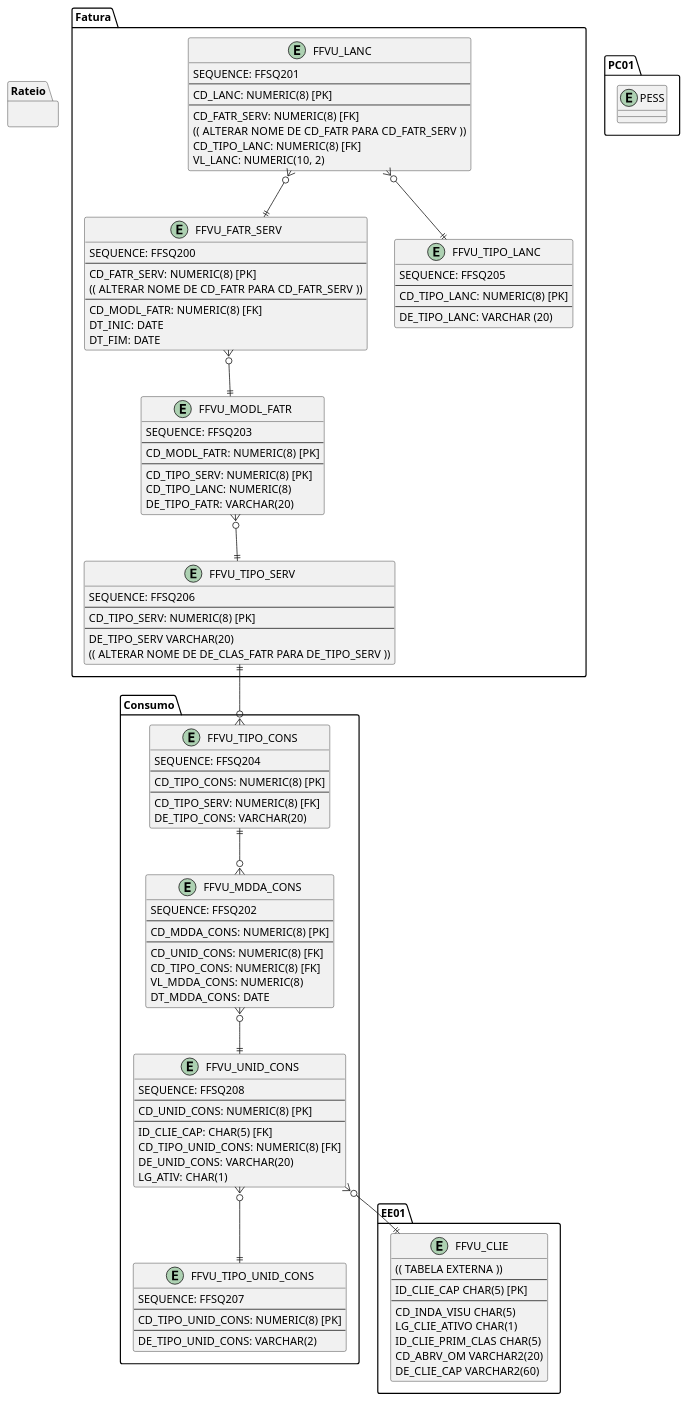
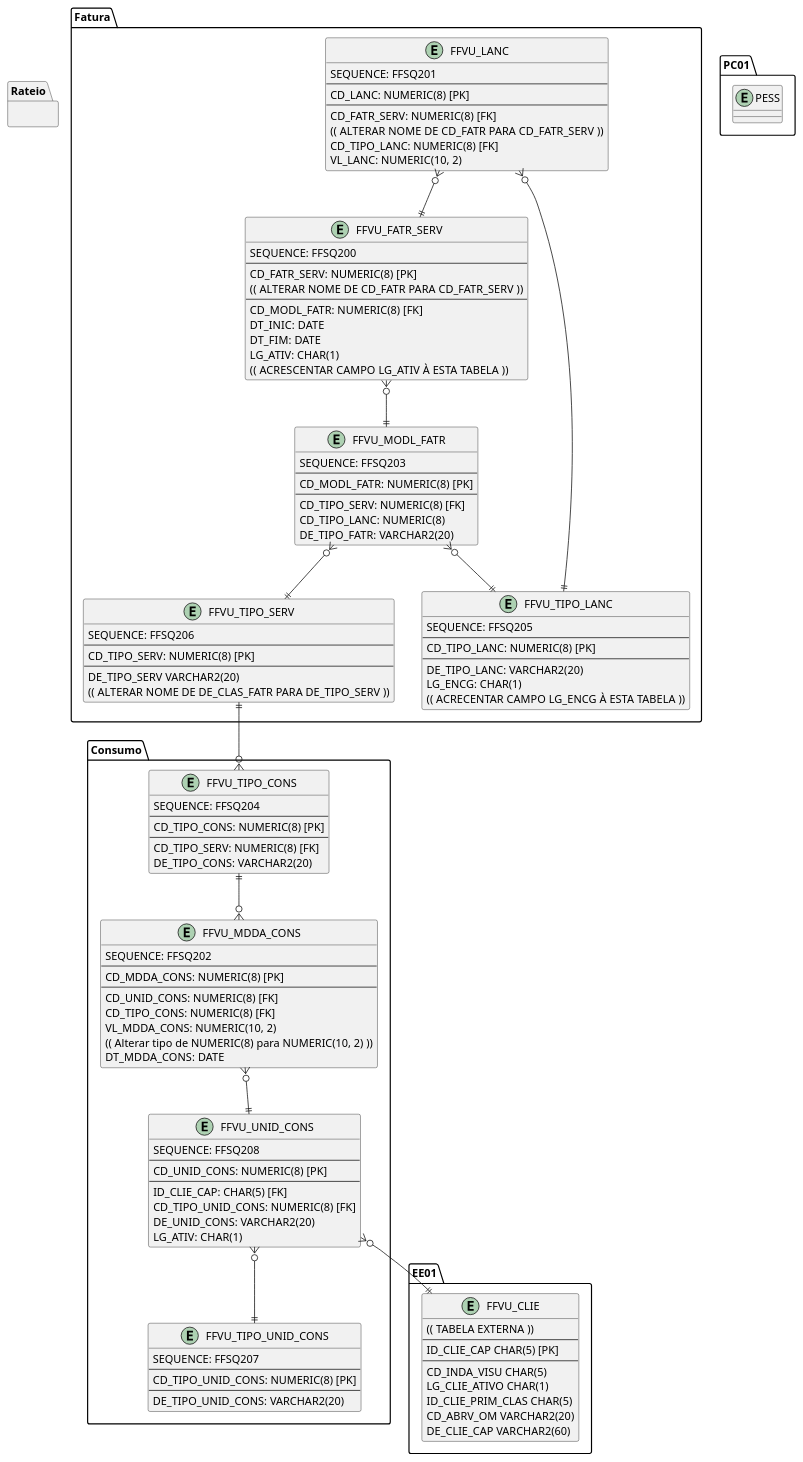
The diagram in docs/MER.wsd (adilsonoj/ff02), drawn with PlantUML before and after one commit.

```diff
--- a/docs/MER.wsd
+++ b/docs/MER.wsd
@@ -1,138 +1,144 @@
 @startuml
 
 package Fatura {
 
     entity FFVU_LANC {
         SEQUENCE: FFSQ201
         ---
         CD_LANC: NUMERIC(8) [PK]
         --
         CD_FATR_SERV: NUMERIC(8) [FK]
         (( ALTERAR NOME DE CD_FATR PARA CD_FATR_SERV ))
         CD_TIPO_LANC: NUMERIC(8) [FK]
         VL_LANC: NUMERIC(10, 2) 
     }
 
     entity FFVU_FATR_SERV {
         SEQUENCE: FFSQ200
         ---
         CD_FATR_SERV: NUMERIC(8) [PK]
         (( ALTERAR NOME DE CD_FATR PARA CD_FATR_SERV ))
         --
         CD_MODL_FATR: NUMERIC(8) [FK]
         DT_INIC: DATE
         DT_FIM: DATE
+        LG_ATIV: CHAR(1)
+        (( ACRESCENTAR CAMPO LG_ATIV À ESTA TABELA ))
     }
 
     entity FFVU_MODL_FATR {
         SEQUENCE: FFSQ203
         ---
         CD_MODL_FATR: NUMERIC(8) [PK]
         --
-        CD_TIPO_SERV: NUMERIC(8) [PK]
+        CD_TIPO_SERV: NUMERIC(8) [FK]
         CD_TIPO_LANC: NUMERIC(8)
-        DE_TIPO_FATR: VARCHAR(20)
+        DE_TIPO_FATR: VARCHAR2(20)
     }
 
     entity FFVU_TIPO_LANC {
         SEQUENCE: FFSQ205
         ---
         CD_TIPO_LANC: NUMERIC(8) [PK]
         --
-        DE_TIPO_LANC: VARCHAR (20)
+        DE_TIPO_LANC: VARCHAR2(20)
+        LG_ENCG: CHAR(1)
+        (( ACRECENTAR CAMPO LG_ENCG À ESTA TABELA ))
     }
 
     entity FFVU_TIPO_SERV {
         SEQUENCE: FFSQ206
         ---
         CD_TIPO_SERV: NUMERIC(8) [PK]
         --
-        DE_TIPO_SERV VARCHAR(20)
+        DE_TIPO_SERV VARCHAR2(20)
         (( ALTERAR NOME DE DE_CLAS_FATR PARA DE_TIPO_SERV ))
     }
 
 }
 
 package Consumo {
 
     entity FFVU_TIPO_CONS {
         SEQUENCE: FFSQ204
         ---
         CD_TIPO_CONS: NUMERIC(8) [PK]
         --
         CD_TIPO_SERV: NUMERIC(8) [FK]
-        DE_TIPO_CONS: VARCHAR(20)
+        DE_TIPO_CONS: VARCHAR2(20)
     }
 
     entity FFVU_MDDA_CONS  {
         SEQUENCE: FFSQ202
         ---
         CD_MDDA_CONS: NUMERIC(8) [PK]
         ---
         CD_UNID_CONS: NUMERIC(8) [FK]
         CD_TIPO_CONS: NUMERIC(8) [FK]
-        VL_MDDA_CONS: NUMERIC(8)
+        VL_MDDA_CONS: NUMERIC(10, 2)
+        (( Alterar tipo de NUMERIC(8) para NUMERIC(10, 2) ))
         DT_MDDA_CONS: DATE
     }
 
     entity FFVU_UNID_CONS {
         SEQUENCE: FFSQ208
         ---
         CD_UNID_CONS: NUMERIC(8) [PK]
         ---
         ID_CLIE_CAP: CHAR(5) [FK]
         CD_TIPO_UNID_CONS: NUMERIC(8) [FK]
-        DE_UNID_CONS: VARCHAR(20)
+        DE_UNID_CONS: VARCHAR2(20)
         LG_ATIV: CHAR(1)
     }
 
     entity FFVU_TIPO_UNID_CONS {
         SEQUENCE: FFSQ207
         ---
         CD_TIPO_UNID_CONS: NUMERIC(8) [PK]
         ---
-        DE_TIPO_UNID_CONS: VARCHAR(2)
+        DE_TIPO_UNID_CONS: VARCHAR2(20)
     }
 
 }
 
 package EE01{
 
     entity FFVU_CLIE {
         (( TABELA EXTERNA ))
         ---
         ID_CLIE_CAP CHAR(5) [PK]
         --
         CD_INDA_VISU CHAR(5)
         LG_CLIE_ATIVO CHAR(1)
         ID_CLIE_PRIM_CLAS CHAR(5)
         CD_ABRV_OM VARCHAR2(20)
         DE_CLIE_CAP VARCHAR2(60)
     }
 
 }
 
 package Rateio{
 
 }
 
 package PC01{
 
     entity PESS{
     }
     
 }
 
 'RELACIONAMENTOS
 
 FFVU_LANC }o--|| FFVU_FATR_SERV
 FFVU_LANC }o--|| FFVU_TIPO_LANC
 FFVU_FATR_SERV }o--|| FFVU_MODL_FATR
 FFVU_MODL_FATR }o--|| FFVU_TIPO_SERV
 FFVU_TIPO_SERV ||--o{ FFVU_TIPO_CONS
 FFVU_TIPO_CONS ||--o{ FFVU_MDDA_CONS
 FFVU_MDDA_CONS }o--|| FFVU_UNID_CONS
 FFVU_UNID_CONS }o--|| FFVU_TIPO_UNID_CONS
 FFVU_UNID_CONS }o--|| FFVU_CLIE
+FFVU_MODL_FATR }o--|| FFVU_TIPO_LANC
 
 @enduml
```
